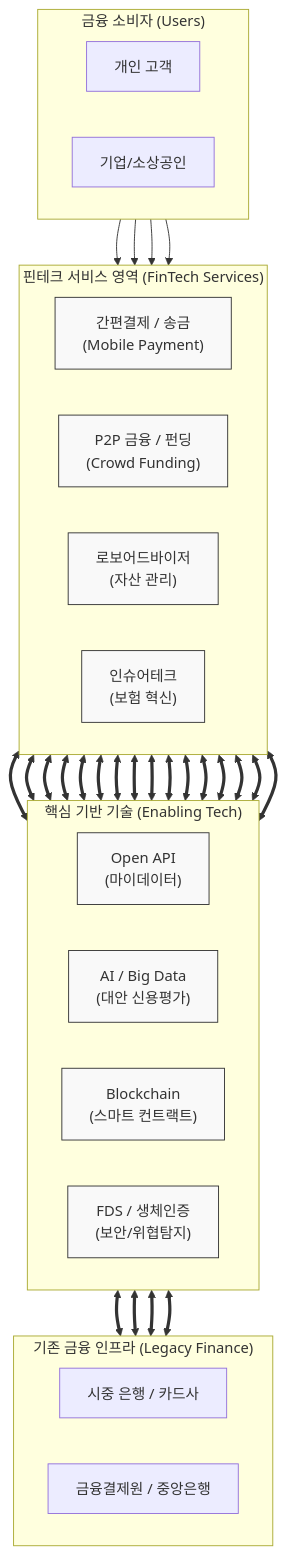
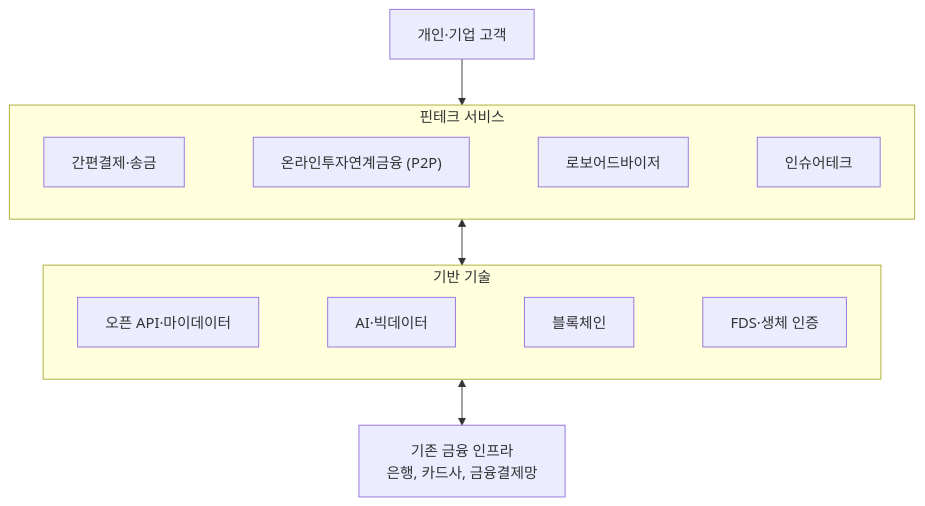
Before and after one commit to supremethumb/supremethumb.github.io: the diagram in content/01_IT Tech/핀테크.md, drawn with Mermaid. The commit also changed other lines of this file and 1087 other files, not shown here.

````diff
--- a/content/01_IT Tech/핀테크.md
+++ b/content/01_IT Tech/핀테크.md
@@ -31,41 +34,14 @@
 ```mermaid
-flowchart TD
-    subgraph "금융 소비자 (Users)"
+flowchart TB
+    U["개인·기업 고객"] --> S
+    subgraph S["핀테크 서비스"]
         direction LR
-        C_User["개인 고객"]
-        B_User["기업/소상공인"]
+        PAY["간편결제·송금"] ~~~ LEND["온라인투자연계금융 (P2P)"] ~~~ ROBO["로보어드바이저"] ~~~ INS["인슈어테크"]
     end
-
-    subgraph "핀테크 서비스 영역 (FinTech Services)"
+    S <--> T
+    subgraph T["기반 기술"]
         direction LR
-        Payment["간편결제 / 송금<br/>(Mobile Payment)"]
-        Lending["P2P 금융 / 펀딩<br/>(Crowd Funding)"]
-        Wealth["로보어드바이저<br/>(자산 관리)"]
-        Insur["인슈어테크<br/>(보험 혁신)"]
+        API["오픈 API·마이데이터"] ~~~ AI["AI·빅데이터"] ~~~ BC["블록체인"] ~~~ SEC["FDS·생체 인증"]
     end
-
-    subgraph "핵심 기반 기술 (Enabling Tech)"
-        direction LR
-        API["Open API<br/>(마이데이터)"]
-        AI["AI / Big Data<br/>(대안 신용평가)"]
-        BC["Blockchain<br/>(스마트 컨트랙트)"]
-        FDS["FDS / 생체인증<br/>(보안/위협탐지)"]
-    end
-
-    subgraph "기존 금융 인프라 (Legacy Finance)"
-        direction LR
-        Bank["시중 은행 / 카드사"]
-        Gov["금융결제원 / 중앙은행"]
-    end
-
-    C_User --> Payment & Wealth
-    B_User --> Lending & Insur
-
-    Payment & Wealth & Lending & Insur <==> API & AI & BC & FDS
-    API & BC <==> Bank & Gov
-
-    %% 스타일링
-    classDef layer fill:#f9f9f9,stroke:#333,stroke-width:1px;
-    class Payment,Lending,Wealth,Insur,API,AI,BC,FDS layer;
-
+    T <--> F["기존 금융 인프라<br/>은행, 카드사, 금융결제망"]
 ```
````
